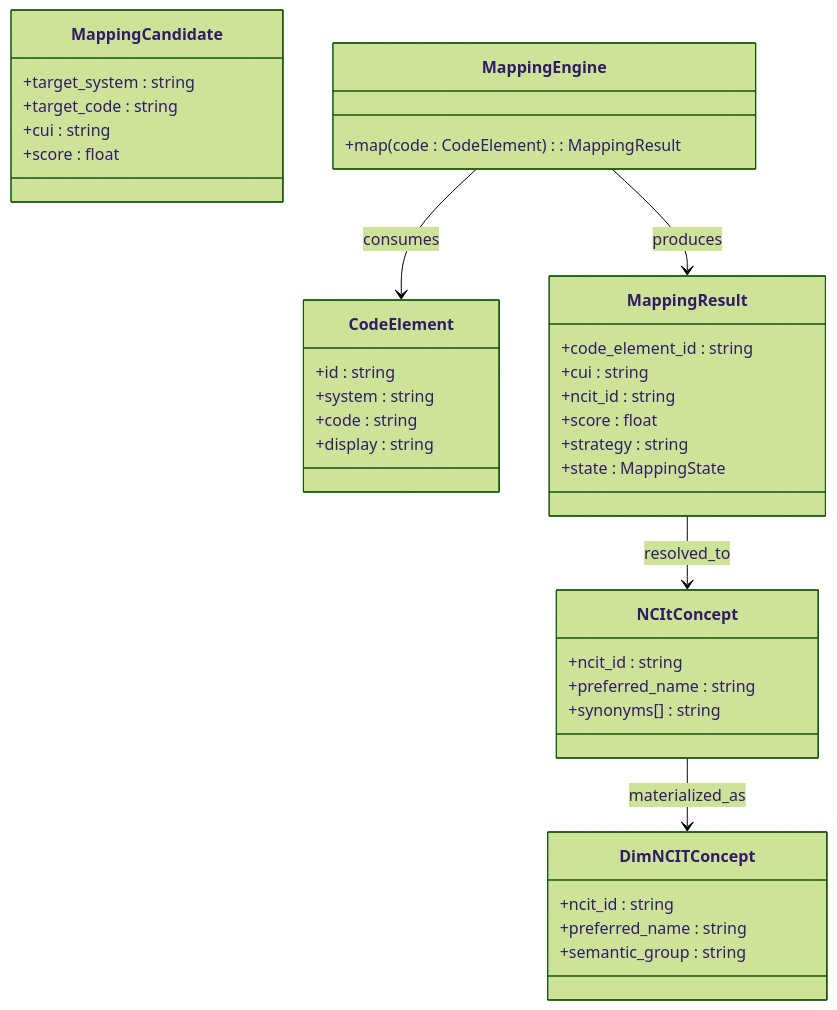
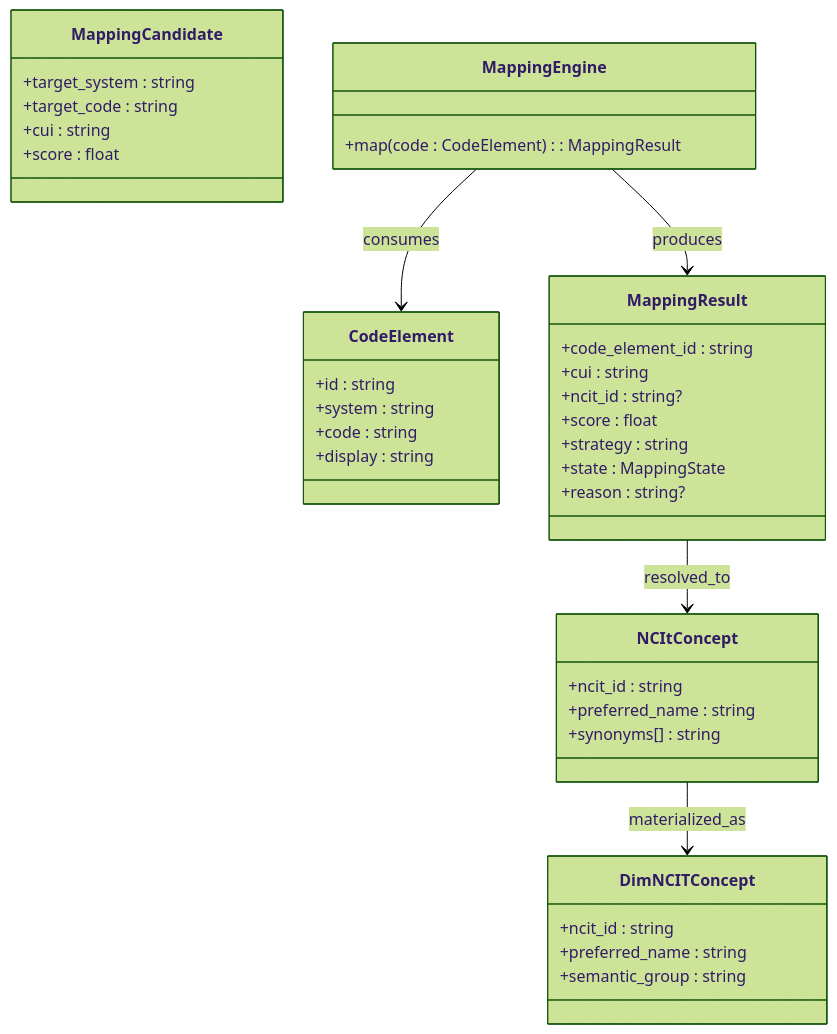
One commit to JonTDean/depth_forward_platonic_space-clinical_model changed the diagram in docs/system-design/ncit/models/class-model.md. Above: the diagram before and after it, drawn with Mermaid (forest theme). The commit also changed other lines of this file and 10 other files, not shown here.

````diff
--- a/docs/system-design/ncit/models/class-model.md
+++ b/docs/system-design/ncit/models/class-model.md
@@ -3,46 +3,47 @@
 ```mermaid
 classDiagram
   class CodeElement {
     +id : string
     +system : string
     +code : string
     +display : string
   }
 
   class MappingCandidate {
     +target_system : string
     +target_code : string
     +cui : string
     +score : float
   }
 
   class MappingResult {
     +code_element_id : string
     +cui : string
-    +ncit_id : string
+    +ncit_id : string?
     +score : float
     +strategy : string
     +state : MappingState
+    +reason : string?
   }
 
   class MappingEngine {
     +map(code : CodeElement) : MappingResult
   }
 
   class NCItConcept {
     +ncit_id : string
     +preferred_name : string
     +synonyms[] : string
   }
 
   class DimNCITConcept {
     +ncit_id : string
     +preferred_name : string
     +semantic_group : string
   }
 
   MappingEngine --> CodeElement : consumes
   MappingEngine --> MappingResult : produces
   MappingResult --> NCItConcept : resolved_to
   NCItConcept --> DimNCITConcept : materialized_as
 ```
````
